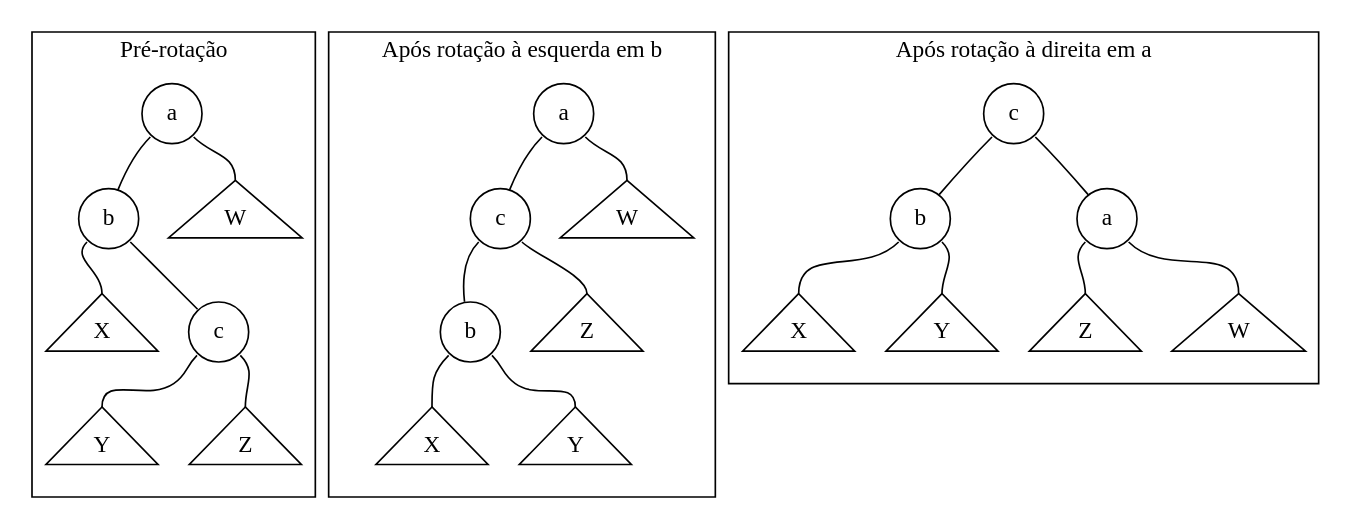
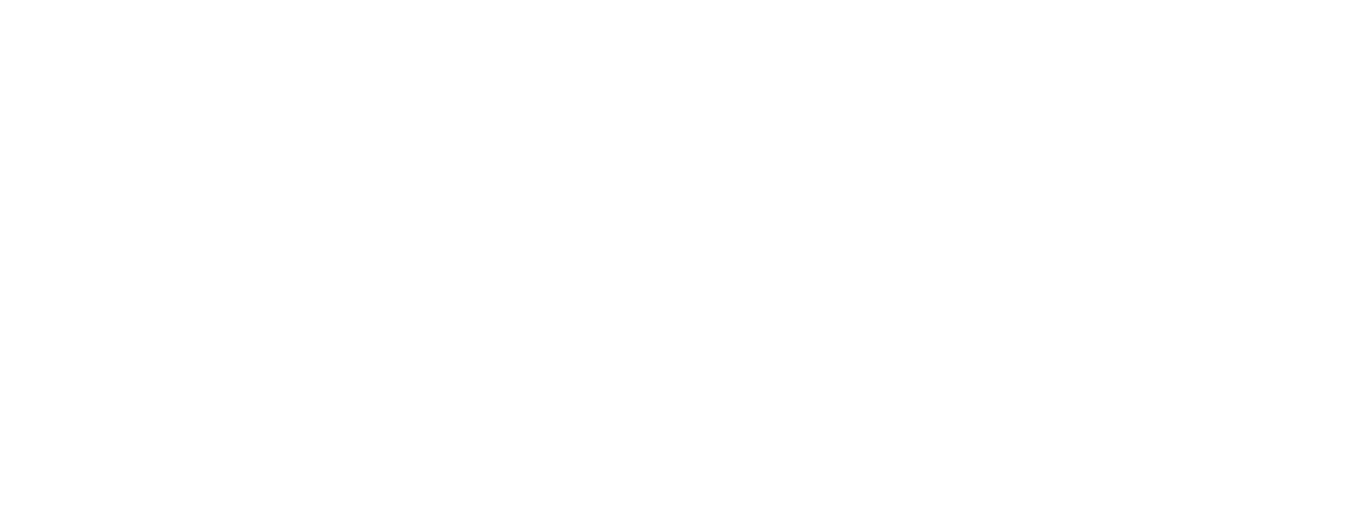
Before and after one commit to luksamuk/website: the third of 5 diagrams in src/pages/avltree.org, drawn with Graphviz. The commit also changed other lines of this file and 5 other files, not shown here.

Commit message:
AVL Tree: Recolor all graphviz representations to white

```diff
--- a/src/pages/avltree.org
+++ b/src/pages/avltree.org
@@ -383,64 +385,65 @@
 #+begin_src dot :file img/rrot_dbl.svg
 graph G {
-      graph[ranksep=0.3];
+      graph[ranksep=0.3, color=white, fontcolor=white];
       bgcolor="#00000000";
-      node [shape=circle];
+      node [shape=circle, color=white, fontcolor=white];
+      edge [color=white];
 
       subgraph cluster_0 {
           label="Pré-rotação";
           a0[label="a"];
           b0[label="b"];
           c0[label="c"];
           
           RA0[label="W", shape=triangle];
           LB0[label="X", shape=triangle];
           LC0[label="Y", shape=triangle];
           RC0[label="Z", shape=triangle];
 
           a0:sw -- b0;
           a0:se -- RA0:n;
           b0:sw -- LB0:n;
           b0:se -- c0;
           c0:sw -- LC0:n;
           c0:se -- RC0:n;
       }
 
       subgraph cluster_1 {
           label="Após rotação à esquerda em b";
           a1[label="a"];        
           b1[label="b"];
           c1[label="c"];
           
           RA1[label="W", shape=triangle];
           LB1[label="X", shape=triangle];
           LC1[label="Y", shape=triangle];
           RC1[label="Z", shape=triangle];
           
           a1:sw -- c1;
           a1:se -- RA1:n;
           c1:sw -- b1;
           c1:se -- RC1:n;
           b1:sw -- LB1:n;
           b1:se -- LC1:n;
       }
 
       subgraph cluster_2 {
           label="Após rotação à direita em a";
           a2[label="a"];        
           b2[label="b"];
           c2[label="c"];
           
           RA2[label="W", shape=triangle];
           LB2[label="X", shape=triangle];
           LC2[label="Y", shape=triangle];
           RC2[label="Z", shape=triangle];
 
           c2:sw -- b2;
           c2:se -- a2;
           b2:sw -- LB2:n;
           b2:se -- LC2:n;
           a2:sw -- RC2:n;
           a2:se -- RA2:n;
       }
 }
 #+end_src
```
